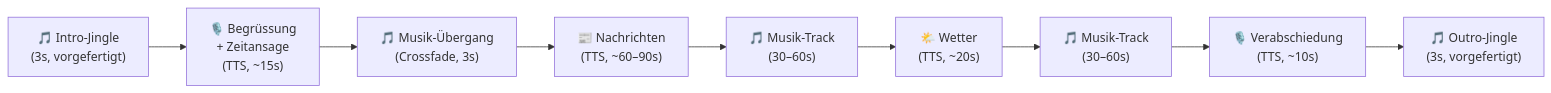
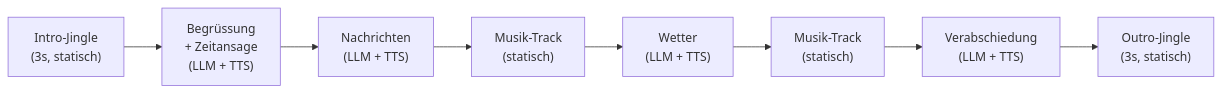
One commit to MichaelMoeckli/attune changed the fourth of 4 diagrams in techstack_architektur_radion25.md. Above: the diagram before and after it, drawn with Mermaid. The commit also changed other lines of this file and 12 other files, not shown here.

````diff
--- a/techstack_architektur_radion25.md
+++ b/techstack_architektur_radion25.md
@@ -305,12 +266,11 @@
 ```mermaid
 graph LR
-    A["🎵 Intro-Jingle<br/>(3s, vorgefertigt)"] -->
-    B["🎙️ Begrüssung<br/>+ Zeitansage<br/>(TTS, ~15s)"] -->
-    C["🎵 Musik-Übergang<br/>(Crossfade, 3s)"] -->
-    D["📰 Nachrichten<br/>(TTS, ~60–90s)"] -->
-    E["🎵 Musik-Track<br/>(30–60s)"] -->
-    F["🌤️ Wetter<br/>(TTS, ~20s)"] -->
-    G["🎵 Musik-Track<br/>(30–60s)"] -->
-    H["🎙️ Verabschiedung<br/>(TTS, ~10s)"] -->
-    I["🎵 Outro-Jingle<br/>(3s, vorgefertigt)"]
+    A["Intro-Jingle<br/>(3s, statisch)"] -->
+    B["Begrüssung<br/>+ Zeitansage<br/>(LLM + TTS)"] -->
+    C["Nachrichten<br/>(LLM + TTS)"] -->
+    D["Musik-Track<br/>(statisch)"] -->
+    E["Wetter<br/>(LLM + TTS)"] -->
+    F["Musik-Track<br/>(statisch)"] -->
+    G["Verabschiedung<br/>(LLM + TTS)"] -->
+    H["Outro-Jingle<br/>(3s, statisch)"]
 ```
````
